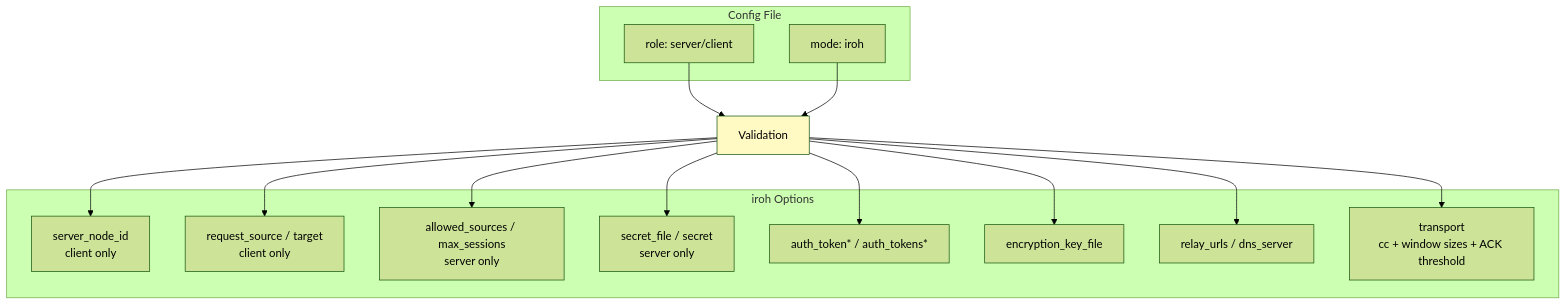
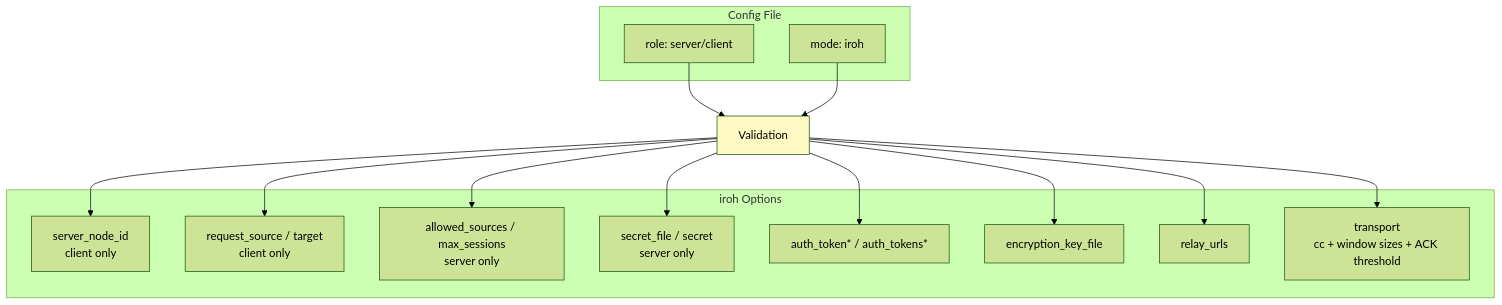
Before and after one commit to andrewtheguy/tunnel-rs: the tenth of 22 diagrams in docs/ARCHITECTURE.md, drawn with Mermaid (forest theme). The commit also changed 8 other files, not shown here.

Commit message:
Refactor documentation and configuration: remove dns_server references and clarify peer discovery behavior

````diff
--- a/docs/ARCHITECTURE.md
+++ b/docs/ARCHITECTURE.md
@@ -343,31 +343,31 @@
 ```mermaid
 graph TB
     subgraph "Config File"
         A[role: server/client]
         B[mode: iroh]
     end
 
     subgraph "iroh Options"
         C[server_node_id<br/>client only]
         D[request_source / target<br/>client only]
         E[allowed_sources / max_sessions<br/>server only]
         F[secret_file / secret<br/>server only]
         G[auth_token* / auth_tokens*]
         H[encryption_key_file]
-        I[relay_urls / dns_server]
+        I[relay_urls]
         J[transport<br/>cc + window sizes + ACK threshold]
     end
 
     A --> S[Validation]
     B --> S
     S --> C
     S --> D
     S --> E
     S --> F
     S --> G
     S --> H
     S --> I
     S --> J
 
     style S fill:#FFF9C4
 ```
````
